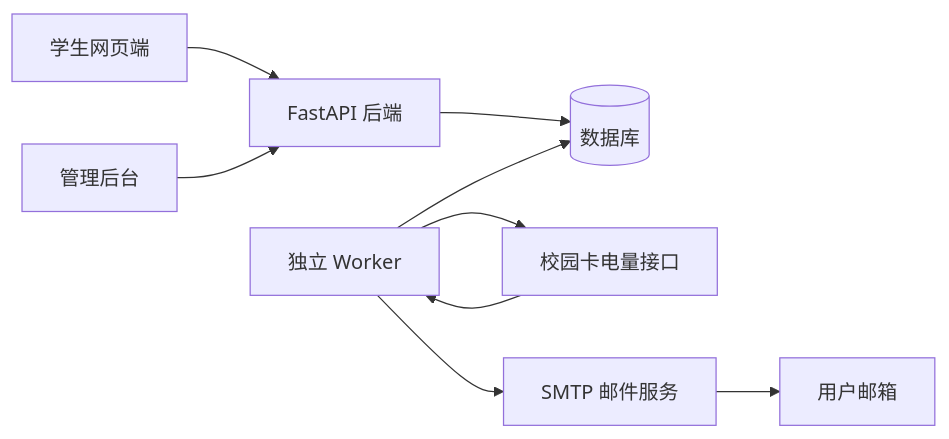
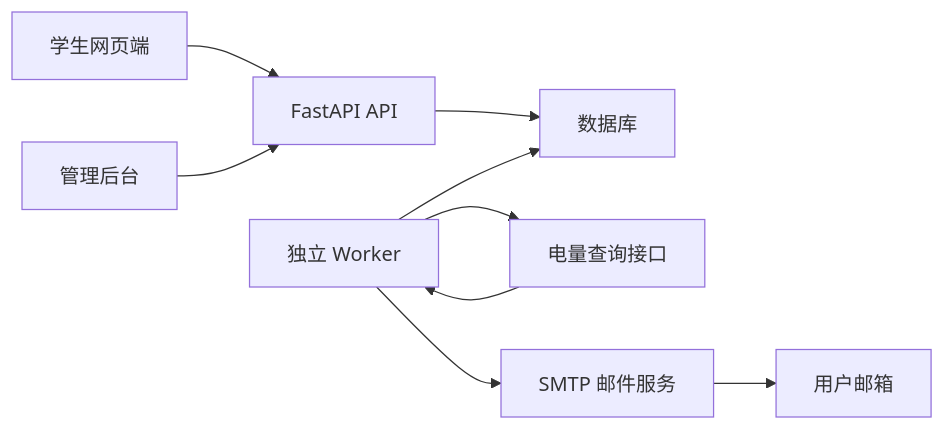
One commit to Mikancake/sdu-qingdao-electricity-monitor changed the first of 2 diagrams in readme.md. Above: the diagram before and after it, drawn with Mermaid. The commit also changed other lines of this file, not shown here.

````diff
--- a/readme.md
+++ b/readme.md
@@ -55,11 +52,11 @@
 ```mermaid
 flowchart LR
-    student[学生网页端] --> api[FastAPI 后端]
-    admin[管理后台] --> api
-    api --> db[(数据库)]
-    worker[独立 Worker] --> db
-    worker --> campus[校园卡电量接口]
-    worker --> smtp[SMTP 邮件服务]
+    student["学生网页端"] --> api["FastAPI API"]
+    admin["管理后台"] --> api
+    api --> database["数据库"]
+    worker["独立 Worker"] --> database
+    worker --> campus["电量查询接口"]
+    worker --> smtp["SMTP 邮件服务"]
     campus --> worker
-    smtp --> mailbox[用户邮箱]
+    smtp --> mailbox["用户邮箱"]
 ```
````
